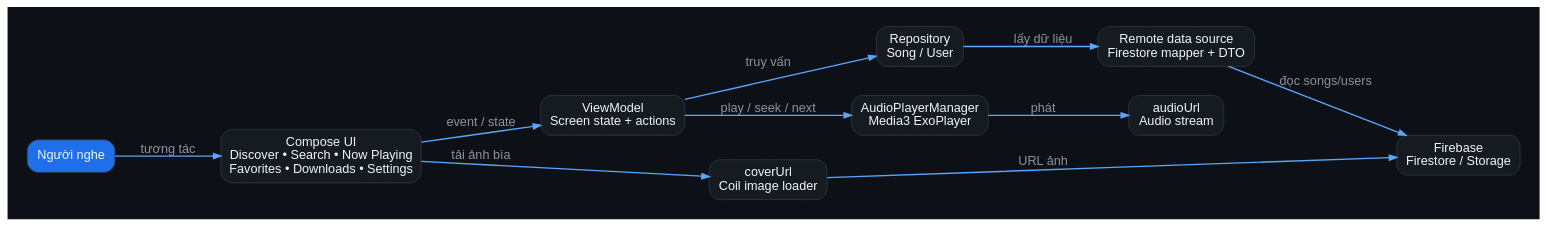
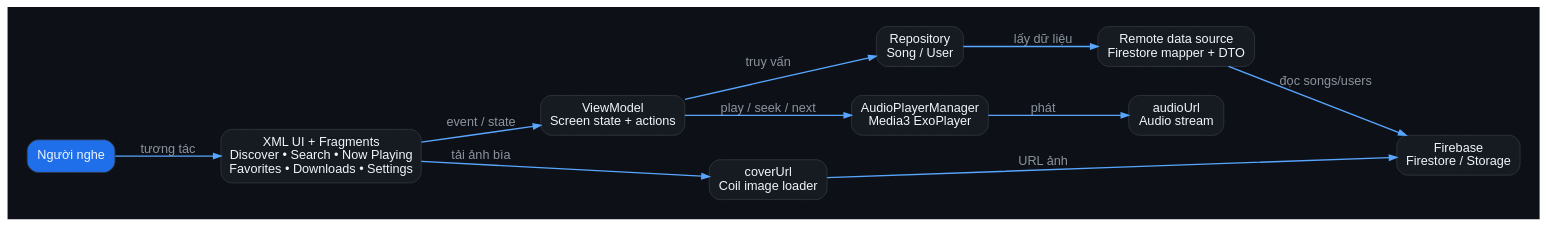
Before and after one commit to huanminh254/Lyra: the diagram in docs/diagrams/lyra-architecture.dot, drawn with Graphviz. The commit also changed 39 other files, not shown here.

Commit message:
refactor: migrate UI from Compose to XML

```diff
--- a/docs/diagrams/lyra-architecture.dot
+++ b/docs/diagrams/lyra-architecture.dot
@@ -1,25 +1,25 @@
 digraph Lyra {
   graph [bgcolor="#0d1117", rankdir=LR, pad="0.3", nodesep="0.45", ranksep="0.75", fontname="Arial"];
   node [shape=box, style="rounded,filled", color="#30363d", fillcolor="#161b22", fontcolor="#f0f6fc", fontname="Arial", margin="0.16,0.10"];
   edge [color="#58a6ff", penwidth=1.5, arrowsize=0.8, fontname="Arial", fontcolor="#8b949e"];
 
   user [label="Người nghe", fillcolor="#1f6feb"];
-  ui [label="Compose UI\nDiscover • Search • Now Playing\nFavorites • Downloads • Settings"];
+  ui [label="XML UI + Fragments\nDiscover • Search • Now Playing\nFavorites • Downloads • Settings"];
   vm [label="ViewModel\nScreen state + actions"];
   repo [label="Repository\nSong / User"];
   remote [label="Remote data source\nFirestore mapper + DTO"];
   fire [label="Firebase\nFirestore / Storage"];
   player [label="AudioPlayerManager\nMedia3 ExoPlayer"];
   audio [label="audioUrl\nAudio stream"];
   cover [label="coverUrl\nCoil image loader"];
 
   user -> ui [label=" tương tác"];
   ui -> vm [label=" event / state"];
   vm -> repo [label=" truy vấn"];
   repo -> remote [label=" lấy dữ liệu"];
   remote -> fire [label=" đọc songs/users"];
   vm -> player [label=" play / seek / next"];
   player -> audio [label=" phát"];
   ui -> cover [label=" tải ảnh bìa"];
   cover -> fire [label=" URL ảnh"];
 }
```
